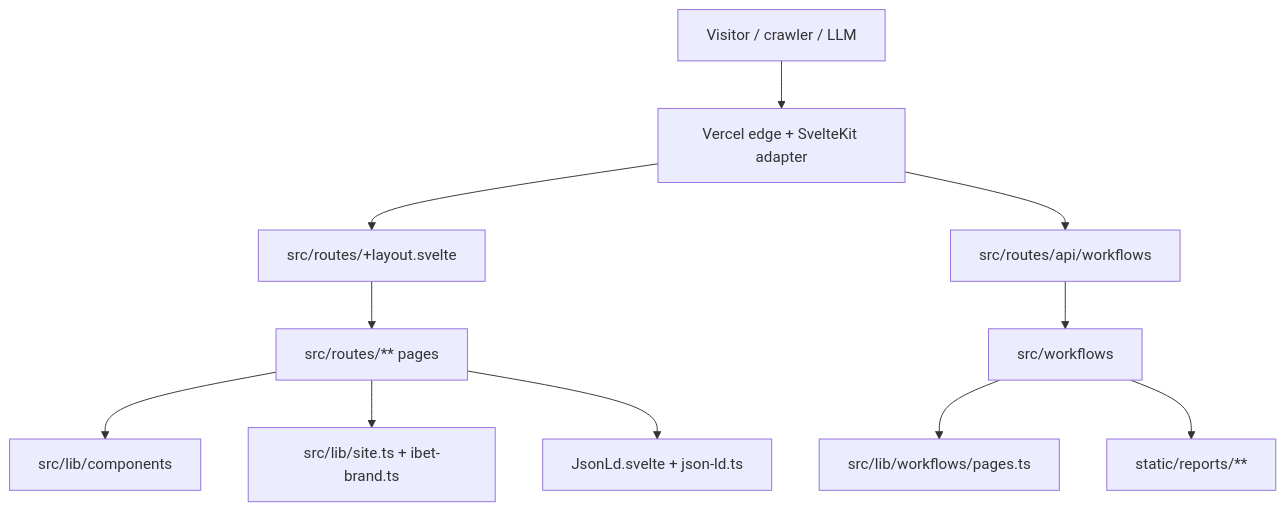
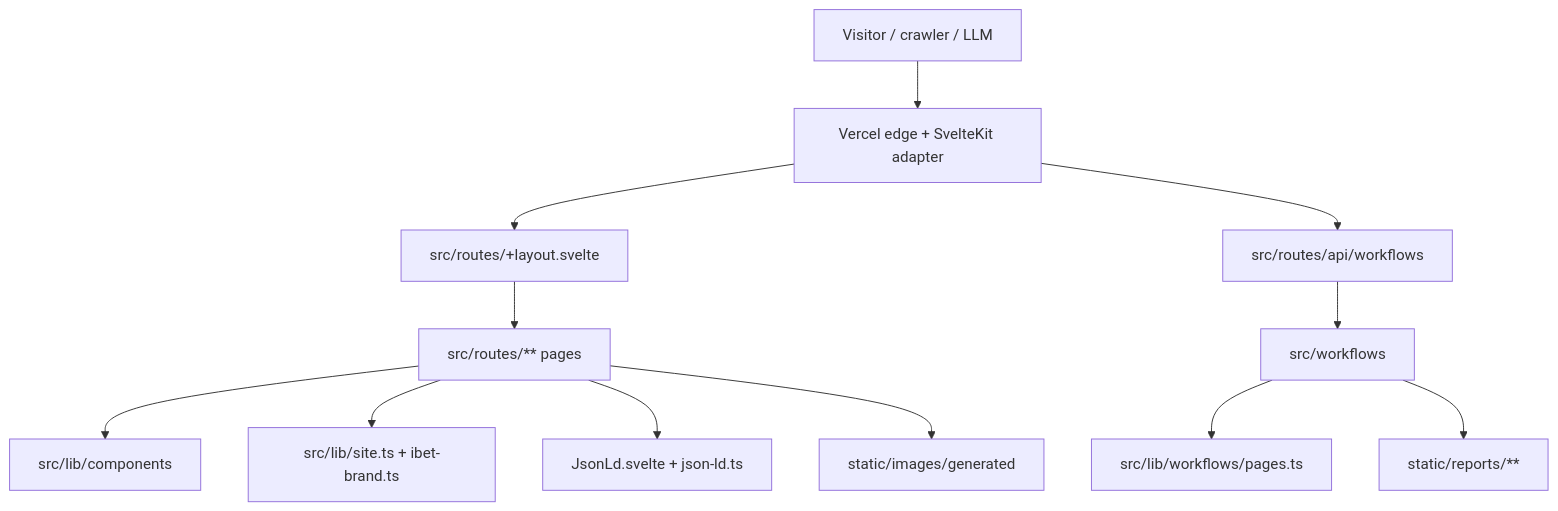
The diagram in docs/ARCHITECTURE.md (dislovelhl/247ibet-sveltekit), drawn with Mermaid before and after one commit. The commit also changed other lines of this file and 35 other files, not shown here.

````diff
--- a/docs/ARCHITECTURE.md
+++ b/docs/ARCHITECTURE.md
@@ -12,13 +12,14 @@
 ```mermaid
 flowchart TD
   Visitor[Visitor / crawler / LLM] --> Vercel[Vercel edge + SvelteKit adapter]
   Vercel --> Layout[src/routes/+layout.svelte]
   Layout --> Pages[src/routes/** pages]
   Pages --> Components[src/lib/components]
   Pages --> SiteConfig[src/lib/site.ts + ibet-brand.ts]
   Pages --> JsonLd[JsonLd.svelte + json-ld.ts]
   Vercel --> APIs[src/routes/api/workflows]
   APIs --> Workflows[src/workflows]
   Workflows --> Registry[src/lib/workflows/pages.ts]
   Workflows --> Reports[static/reports/**]
+  Pages --> Assets[static/images/generated]
 ```
````
